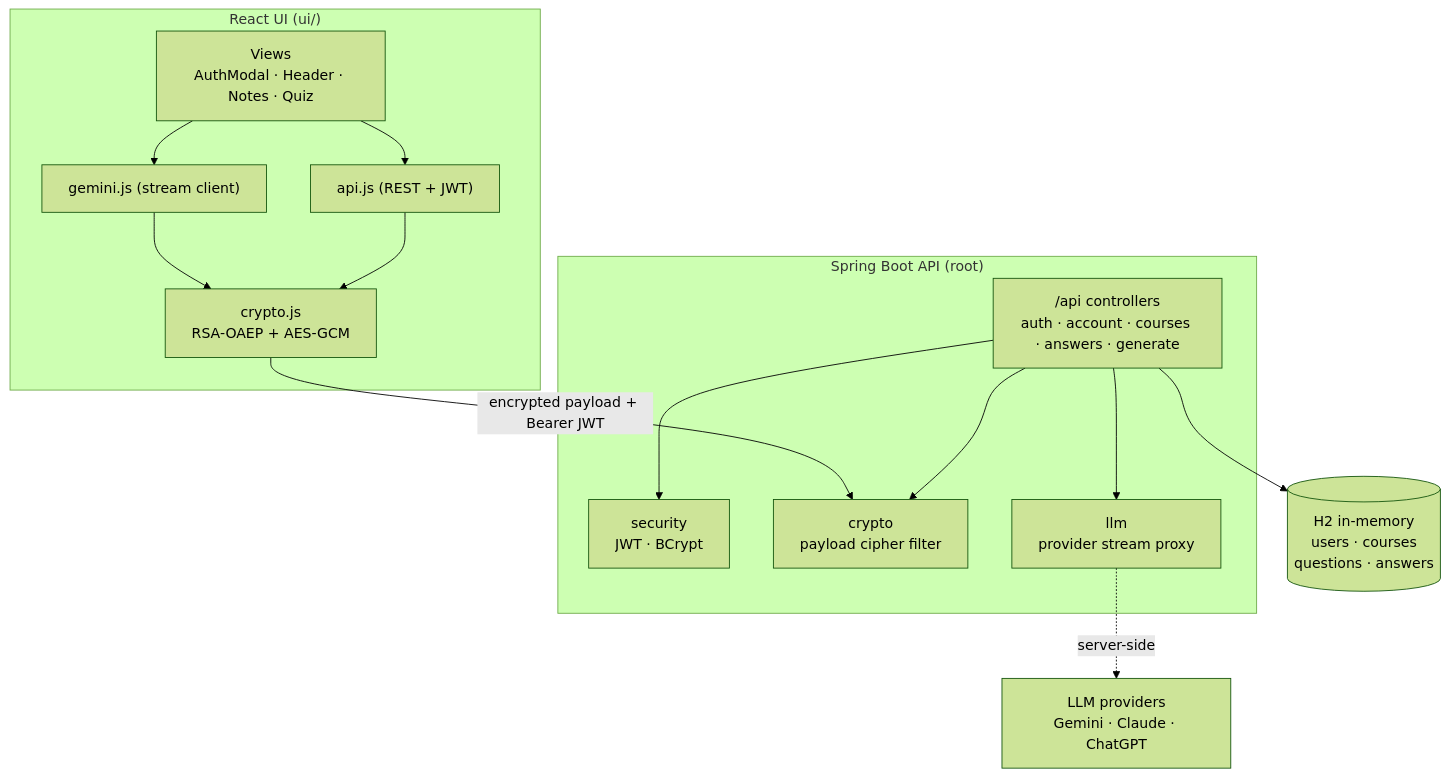
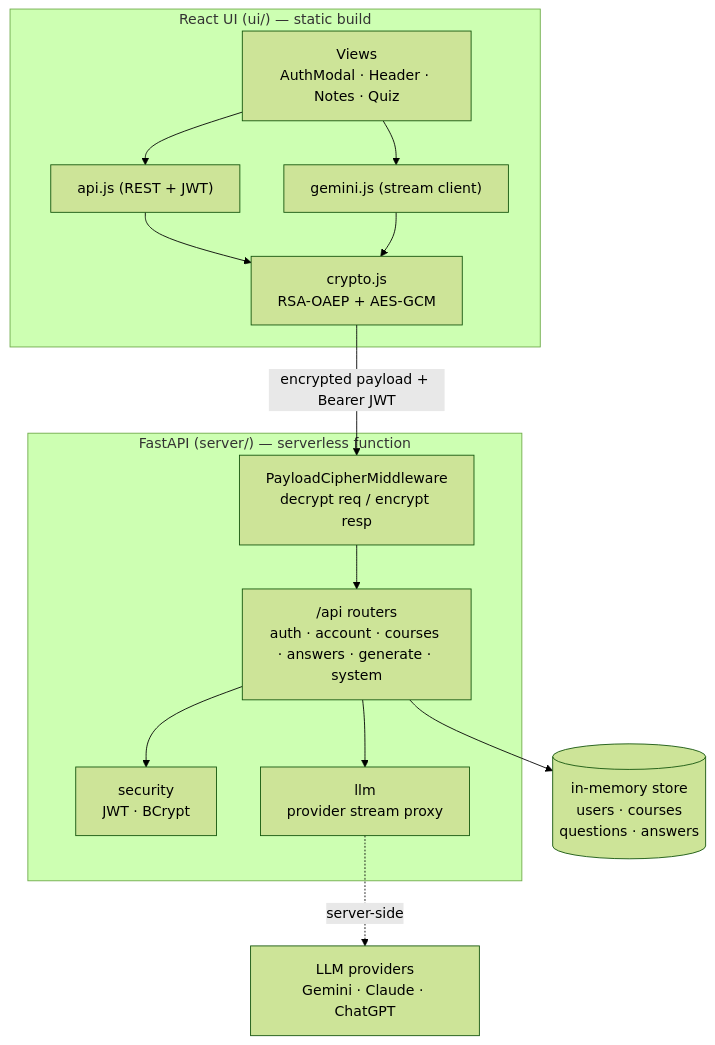
The first of 5 diagrams in docs/ARCHITECTURE.md (rishabh750/quiz), drawn with Mermaid (forest theme) before and after one commit. The commit also changed other lines of this file and 64 other files, not shown here.

````diff
--- a/docs/ARCHITECTURE.md
+++ b/docs/ARCHITECTURE.md
@@ -8,28 +9,27 @@
 ```mermaid
 graph TB
-  subgraph UI["React UI (ui/)"]
+  subgraph UI["React UI (ui/) — static build"]
     V["Views<br/>AuthModal · Header · Notes · Quiz"]
     API["api.js (REST + JWT)"]
     CR["crypto.js<br/>RSA-OAEP + AES-GCM"]
     LLM["gemini.js (stream client)"]
     V --> API --> CR
     V --> LLM --> CR
   end
 
-  subgraph Backend["Spring Boot API (root)"]
-    CTL["/api controllers<br/>auth · account · courses · answers · generate"]
+  subgraph Backend["FastAPI (server/) — serverless function"]
+    MW["PayloadCipherMiddleware<br/>decrypt req / encrypt resp"]
+    R["/api routers<br/>auth · account · courses · answers · generate · system"]
     SEC["security<br/>JWT · BCrypt"]
-    CIP["crypto<br/>payload cipher filter"]
     PROXY["llm<br/>provider stream proxy"]
-    CTL --> SEC
-    CTL --> CIP
-    CTL --> PROXY
+    MW --> R --> SEC
+    R --> PROXY
   end
 
-  DB[("H2 in-memory<br/>users · courses<br/>questions · answers")]
+  STORE[("in-memory store<br/>users · courses<br/>questions · answers")]
   PROV["LLM providers<br/>Gemini · Claude · ChatGPT"]
 
-  CR -->|encrypted payload + Bearer JWT| CIP
-  CTL --> DB
+  CR -->|encrypted payload + Bearer JWT| MW
+  R --> STORE
   PROXY -.server-side.-> PROV
 ```
````
